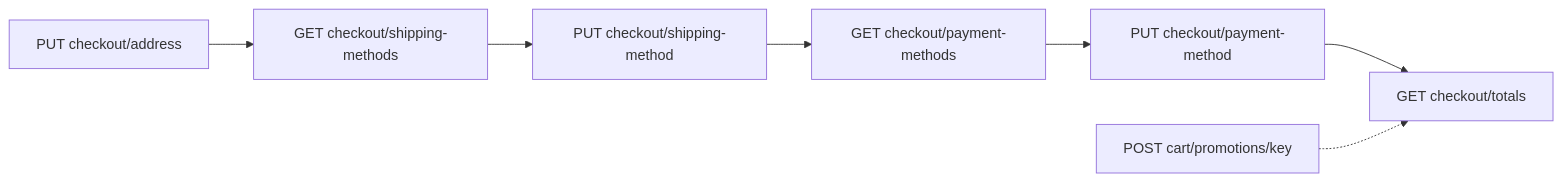
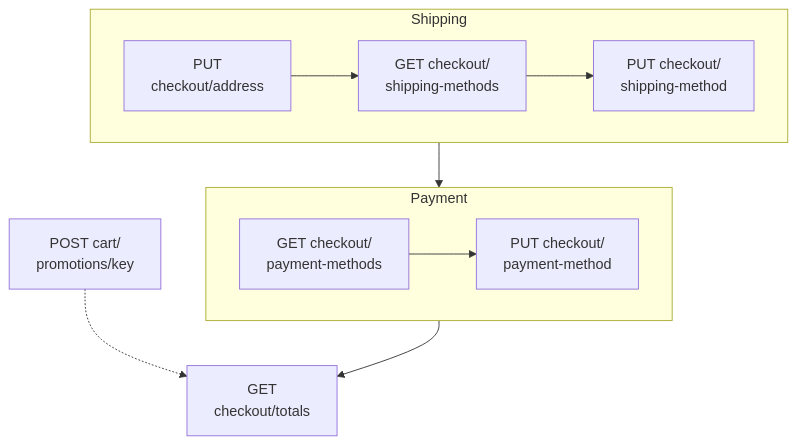
One commit to gp247net/gp247-docs changed the third of 5 diagrams in api/api-storefront.md. Above: the diagram before and after it, drawn with Mermaid. The commit also changed other lines of this file and 44 other files, not shown here.

First line of the commit message:
docs: redraw oversized diagrams in security, API and MCP docs (vi/en/ja)

````diff
--- a/api/api-storefront.md
+++ b/api/api-storefront.md
@@ -213,9 +203,13 @@
 ```mermaid
-flowchart LR
-  A[PUT checkout/address] --> B[GET checkout/shipping-methods]
-  B --> C[PUT checkout/shipping-method]
-  C --> D[GET checkout/payment-methods]
-  D --> E[PUT checkout/payment-method]
-  E --> F[GET checkout/totals]
-  P[POST cart/promotions/key] -.-> F
+flowchart TB
+  subgraph SHIP["Shipping"]
+    direction LR
+    A[PUT<br/>checkout/address] --> B[GET checkout/<br/>shipping-methods] --> C[PUT checkout/<br/>shipping-method]
+  end
+  subgraph PAY["Payment"]
+    direction LR
+    D[GET checkout/<br/>payment-methods] --> E[PUT checkout/<br/>payment-method]
+  end
+  SHIP --> PAY --> F[GET<br/>checkout/totals]
+  P[POST cart/<br/>promotions/key] -.-> F
 ```
````
